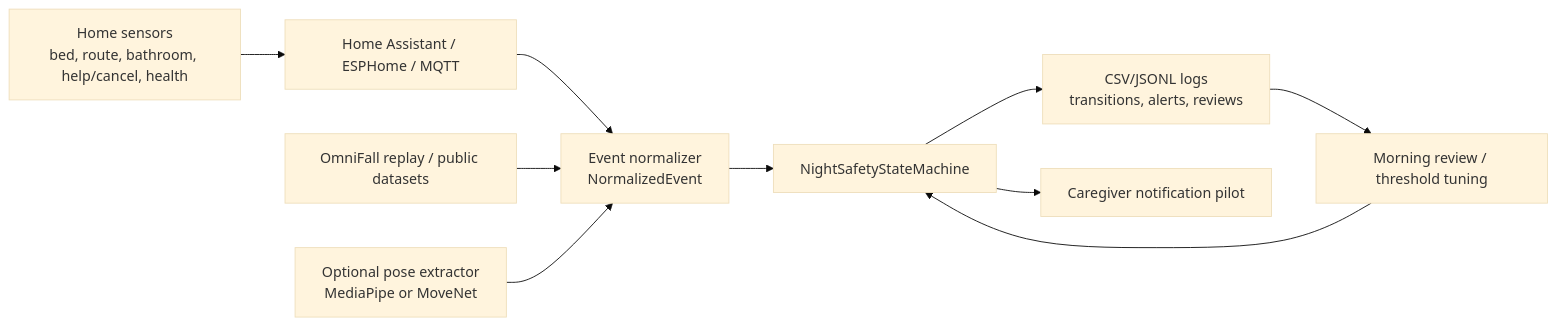
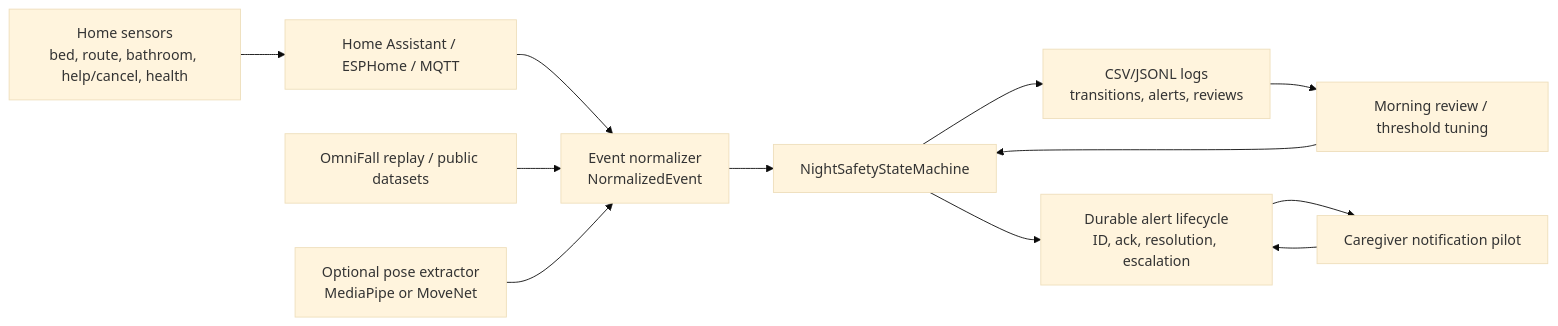
Before and after one commit to Pinderr1/Camera: the diagram in docs/architecture.md, drawn with Mermaid (base theme). The commit also changed other lines of this file and 21 other files, not shown here.

Commit message:
Schemas, databases and roadmaps

````diff
--- a/docs/architecture.md
+++ b/docs/architecture.md
@@ -3,19 +3,21 @@
 ```mermaid
 flowchart LR
   sensors["Home sensors\nbed, route, bathroom, help/cancel, health"]
   ha["Home Assistant / ESPHome / MQTT"]
   normalizer["Event normalizer\nNormalizedEvent"]
   state["NightSafetyStateMachine"]
   logs["CSV/JSONL logs\ntransitions, alerts, reviews"]
   notify["Caregiver notification pilot"]
+  lifecycle["Durable alert lifecycle\nID, ack, resolution, escalation"]
   review["Morning review / threshold tuning"]
   omni["OmniFall replay / public datasets"]
   pose["Optional pose extractor\nMediaPipe or MoveNet"]
 
   sensors --> ha --> normalizer --> state
   omni --> normalizer
   pose --> normalizer
   state --> logs
-  state --> notify
+  state --> lifecycle --> notify
+  notify --> lifecycle
   logs --> review --> state
 ```
````
